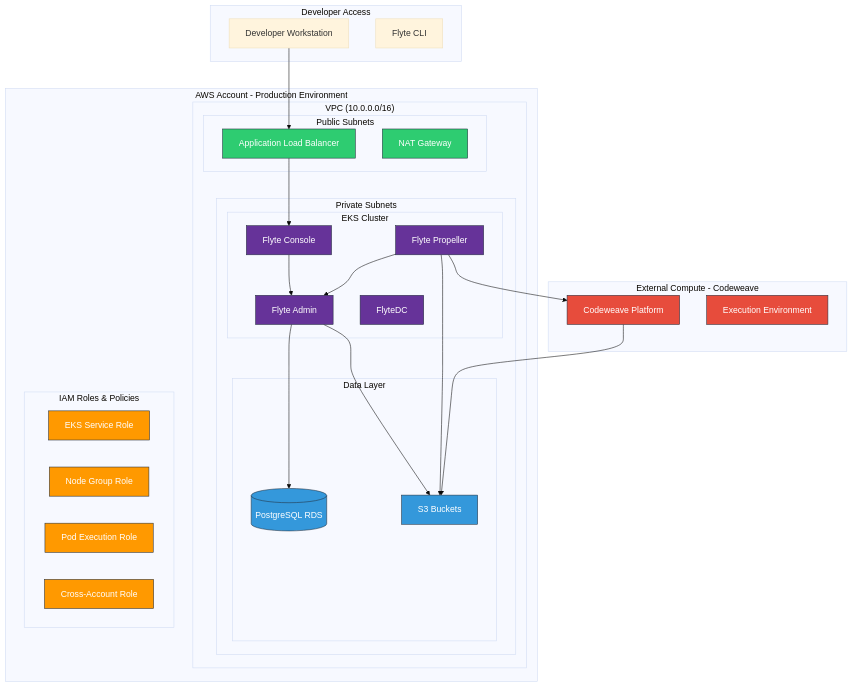
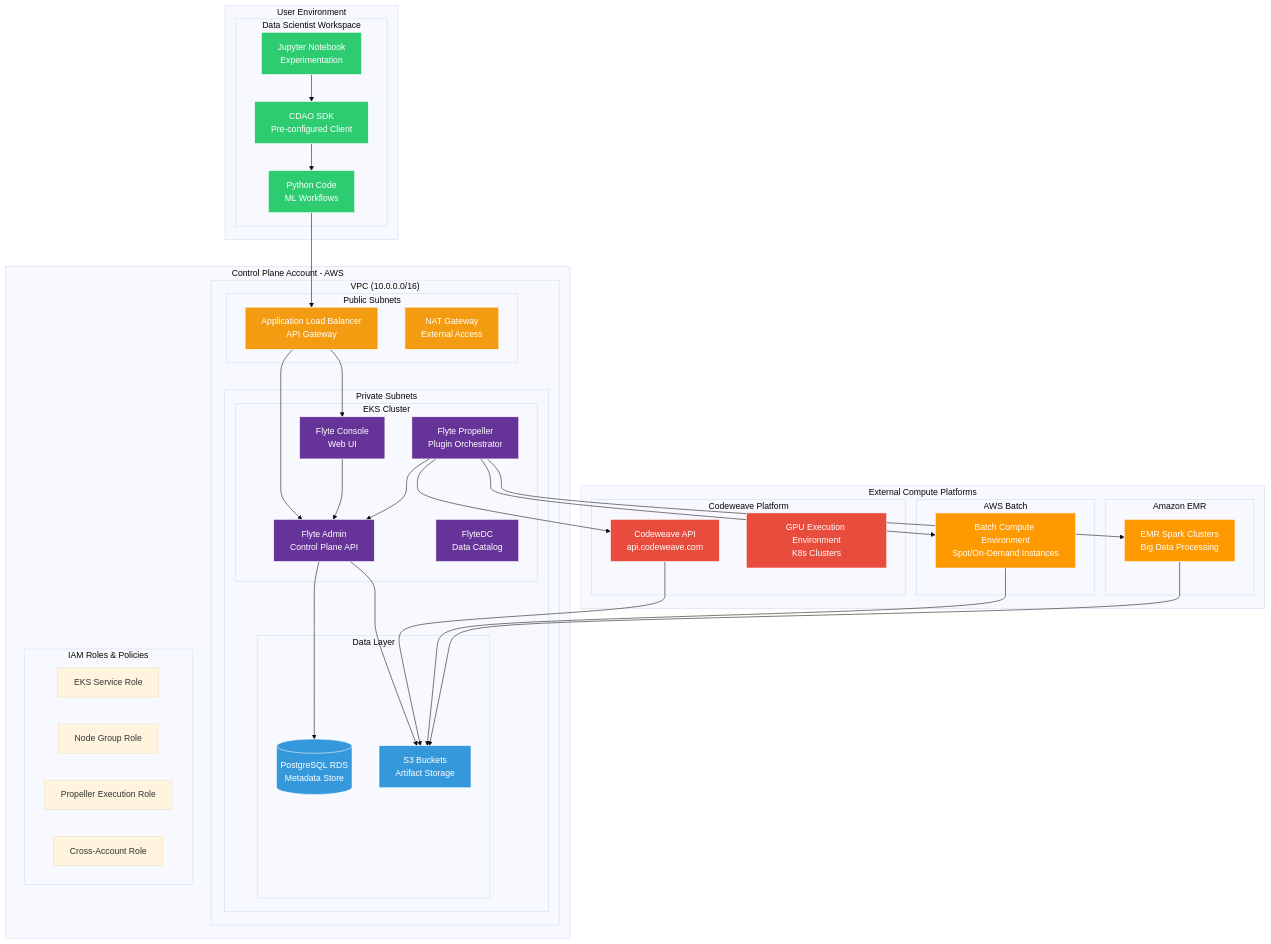
Before and after one commit to bsinghs/app_flyte_wf1: the first of 8 diagrams in FLYTE_AWS_INFRASTRUCTURE_DESIGN.md, drawn with Mermaid (base theme). The commit also changed other lines of this file, not shown here.

````diff
--- a/FLYTE_AWS_INFRASTRUCTURE_DESIGN.md
+++ b/FLYTE_AWS_INFRASTRUCTURE_DESIGN.md
@@ -18,66 +21,93 @@
 ```mermaid
 graph TB
-    subgraph "AWS Account - Production Environment"
+    subgraph "Control Plane Account - AWS"
         subgraph "VPC (10.0.0.0/16)"
             subgraph "Private Subnets"
                 subgraph "EKS Cluster"
-                    FA[Flyte Admin]
-                    FP[Flyte Propeller]
-                    FC[Flyte Console]
-                    FDC[FlyteDC]
+                    FA[Flyte Admin<br/>Control Plane API]
+                    FP[Flyte Propeller<br/>Plugin Orchestrator]
+                    FC[Flyte Console<br/>Web UI]
+                    FDC[FlyteDC<br/>Data Catalog]
                 end
                 
                 subgraph "Data Layer"
-                    RDS[(PostgreSQL RDS)]
-                    S3[S3 Buckets]
+                    RDS[(PostgreSQL RDS<br/>Metadata Store)]
+                    S3[S3 Buckets<br/>Artifact Storage]
                 end
             end
             
             subgraph "Public Subnets"
-                ALB[Application Load Balancer]
-                NAT[NAT Gateway]
+                ALB[Application Load Balancer<br/>API Gateway]
+                NAT[NAT Gateway<br/>External Access]
             end
         end
         
         subgraph "IAM Roles & Policies"
             ER[EKS Service Role]
             NR[Node Group Role]
-            PR[Pod Execution Role]
+            PR[Propeller Execution Role]
             CR[Cross-Account Role]
         end
     end
     
-    subgraph "External Compute - Codeweave"
-        CW[Codeweave Platform]
-        CWE[Execution Environment]
+    subgraph "User Environment"
+        subgraph "Data Scientist Workspace"
+            NB[Jupyter Notebook<br/>Experimentation]
+            CDAO[CDAO SDK<br/>Pre-configured Client]
+            CODE[Python Code<br/>ML Workflows]
+        end
     end
     
-    subgraph "Developer Access"
-        DEV[Developer Workstation]
-        CLI[Flyte CLI]
+    subgraph "External Compute Platforms"
+        subgraph "Codeweave Platform"
+            CW[Codeweave API<br/>api.codeweave.com]
+            CWE[GPU Execution Environment<br/>K8s Clusters]
+        end
+        
+        subgraph "AWS Batch"
+            BATCH[Batch Compute Environment<br/>Spot/On-Demand Instances]
+        end
+        
+        subgraph "Amazon EMR"
+            EMR[EMR Spark Clusters<br/>Big Data Processing]
+        end
     end
     
-    %% Connections
-    DEV --> ALB
+    %% User Workflow
+    NB --> CDAO
+    CDAO --> CODE
+    CODE --> ALB
+    
+    %% Control Plane Flow
     ALB --> FC
+    ALB --> FA
     FC --> FA
     FA --> RDS
     FA --> S3
     FP --> FA
+    
+    %% Plugin-based External Execution
     FP --> CW
-    FP --> S3
+    FP --> BATCH
+    FP --> EMR
+    
+    %% Data Flow
     CW --> S3
+    BATCH --> S3
+    EMR --> S3
     
     %% Styling
-    classDef awsService fill:#ff9900,stroke:#232f3e,color:#fff
-    classDef flyte fill:#663399,stroke:#232f3e,color:#fff
-    classDef storage fill:#3498db,stroke:#232f3e,color:#fff
-    classDef external fill:#e74c3c,stroke:#232f3e,color:#fff
-    classDef network fill:#2ecc71,stroke:#232f3e,color:#fff
+    classDef controlPlane fill:#663399,stroke:#fff,color:#fff
+    classDef userEnv fill:#2ecc71,stroke:#fff,color:#fff
+    classDef external fill:#e74c3c,stroke:#fff,color:#fff
+    classDef storage fill:#3498db,stroke:#fff,color:#fff
+    classDef network fill:#f39c12,stroke:#fff,color:#fff
+    classDef aws fill:#ff9900,stroke:#fff,color:#fff
     
-    class FA,FP,FC,FDC flyte
+    class FA,FP,FC,FDC controlPlane
+    class NB,CDAO,CODE userEnv
+    class CW,CWE external
     class RDS,S3 storage
     class ALB,NAT network
-    class CW,CWE external
-    class ER,NR,PR,CR awsService
+    class BATCH,EMR aws
 ```
````
